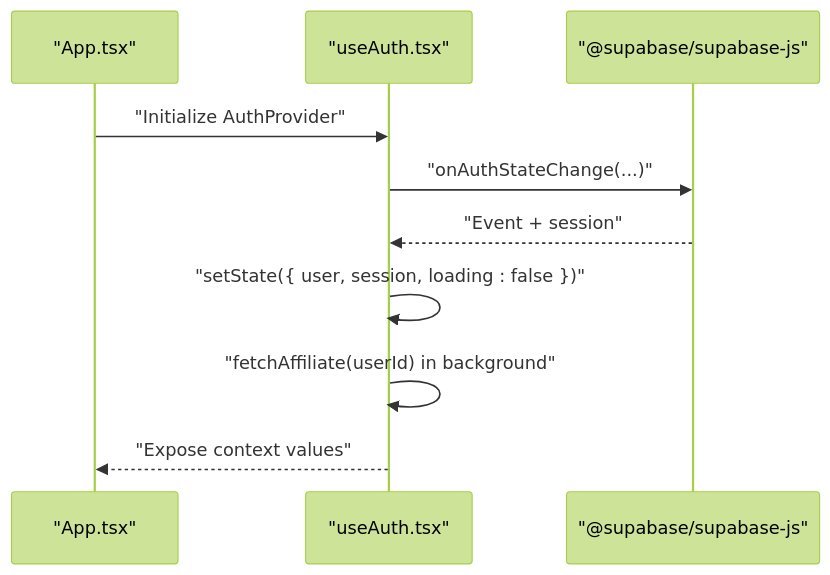
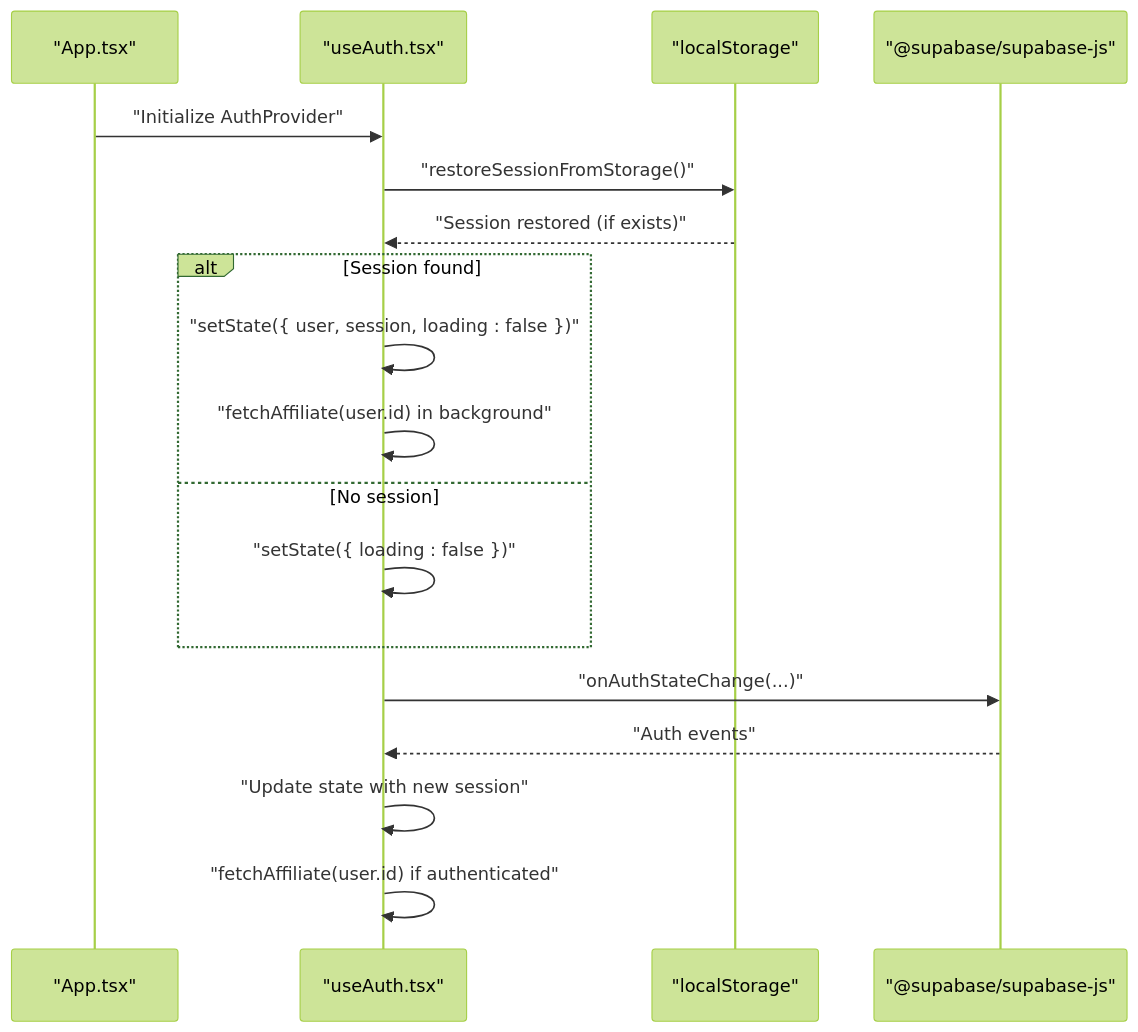
One commit to Hawky1/ryland changed the fourth of 6 diagrams in .qoder/repowiki/en/content/State Management.md. Above: the diagram before and after it, drawn with Mermaid (forest theme). The commit also changed other lines of this file and 5 other files, not shown here.

Commit message:
Fix logout on live site - clear localStorage and force redirect

````diff
--- a/.qoder/repowiki/en/content/State Management.md
+++ b/.qoder/repowiki/en/content/State Management.md
@@ -189,12 +199,20 @@
 ```mermaid
 sequenceDiagram
 participant App as "App.tsx"
 participant Provider as "useAuth.tsx"
+participant Storage as "localStorage"
 participant Supabase as "@supabase/supabase-js"
 App->>Provider : "Initialize AuthProvider"
+Provider->>Storage : "restoreSessionFromStorage()"
+Storage-->>Provider : "Session restored (if exists)"
+alt Session found
+Provider->>Provider : "setState({ user, session, loading : false })"
+Provider->>Provider : "fetchAffiliate(user.id) in background"
+else No session
+Provider->>Provider : "setState({ loading : false })"
+end
 Provider->>Supabase : "onAuthStateChange(...)"
-Supabase-->>Provider : "Event + session"
-Provider->>Provider : "setState({ user, session, loading : false })"
-Provider->>Provider : "fetchAffiliate(userId) in background"
-Provider-->>App : "Expose context values"
+Supabase-->>Provider : "Auth events"
+Provider->>Provider : "Update state with new session"
+Provider->>Provider : "fetchAffiliate(user.id) if authenticated"
 ```
````
